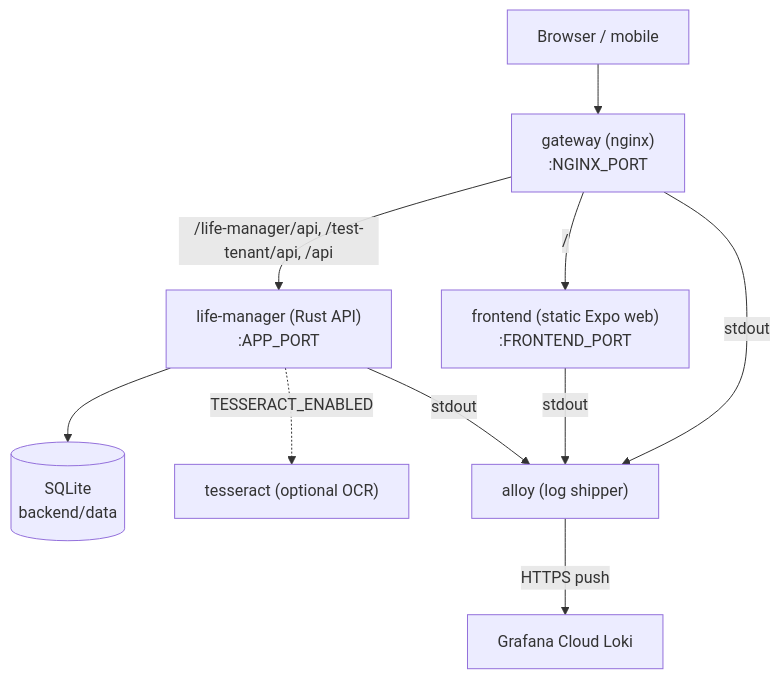
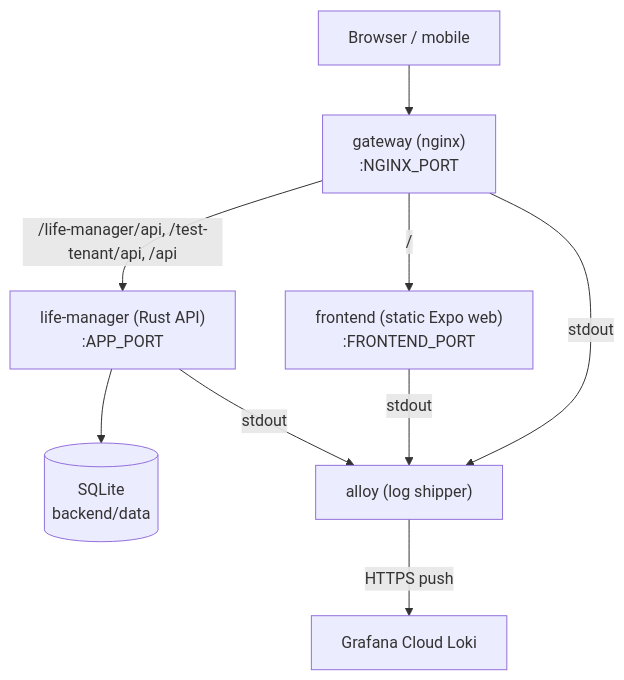
The fourth of 6 diagrams in docs/architecture.md (mikeyjay39/life-manager), drawn with Mermaid before and after one commit. The commit also changed other lines of this file and 9 other files, not shown here.

````diff
--- a/docs/architecture.md
+++ b/docs/architecture.md
@@ -163,21 +163,19 @@
 ```mermaid
 flowchart TB
   browser["Browser / mobile"]
   gateway["gateway (nginx)\n:NGINX_PORT"]
   frontend["frontend (static Expo web)\n:FRONTEND_PORT"]
   api["life-manager (Rust API)\n:APP_PORT"]
   db[("SQLite\nbackend/data")]
-  ocr["tesseract (optional OCR)"]
   alloy["alloy (log shipper)"]
   grafanaCloud["Grafana Cloud Loki"]
 
   browser --> gateway
   gateway -->|"/"| frontend
   gateway -->|"/life-manager/api, /test-tenant/api, /api"| api
   api --> db
-  api -.->|"TESSERACT_ENABLED"| ocr
   gateway -->|"stdout"| alloy
   frontend -->|"stdout"| alloy
   api -->|"stdout"| alloy
   alloy -->|"HTTPS push"| grafanaCloud
 ```
````
